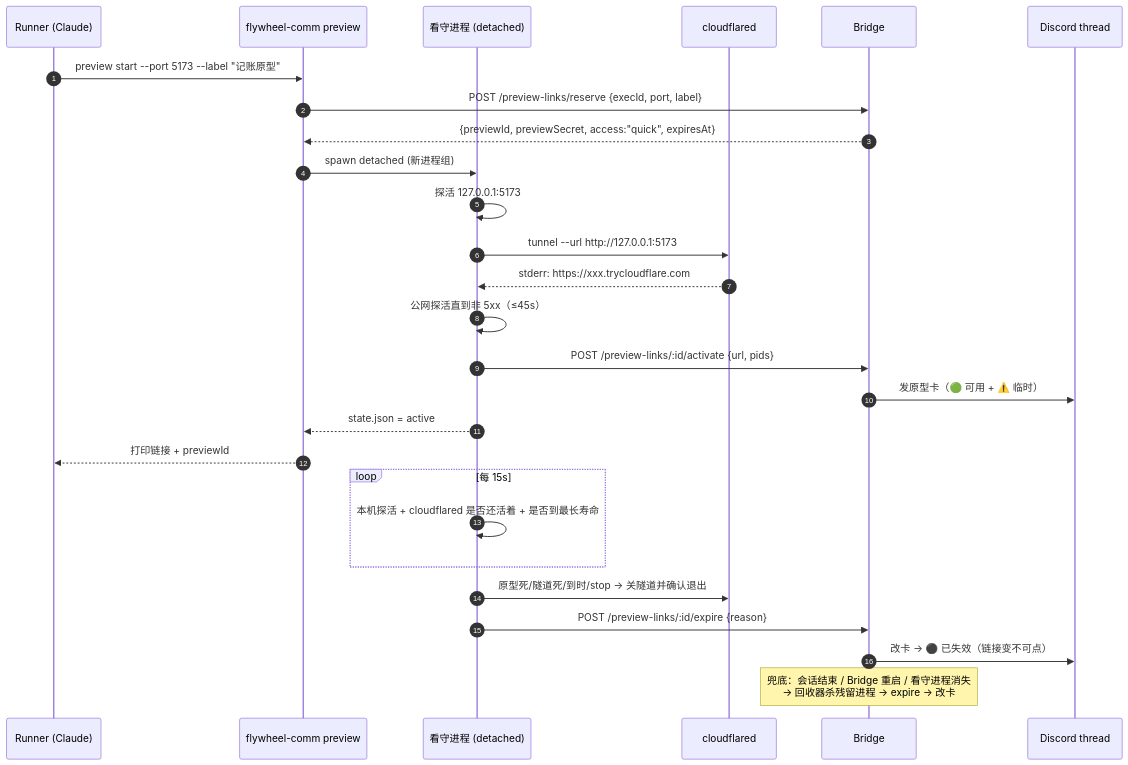
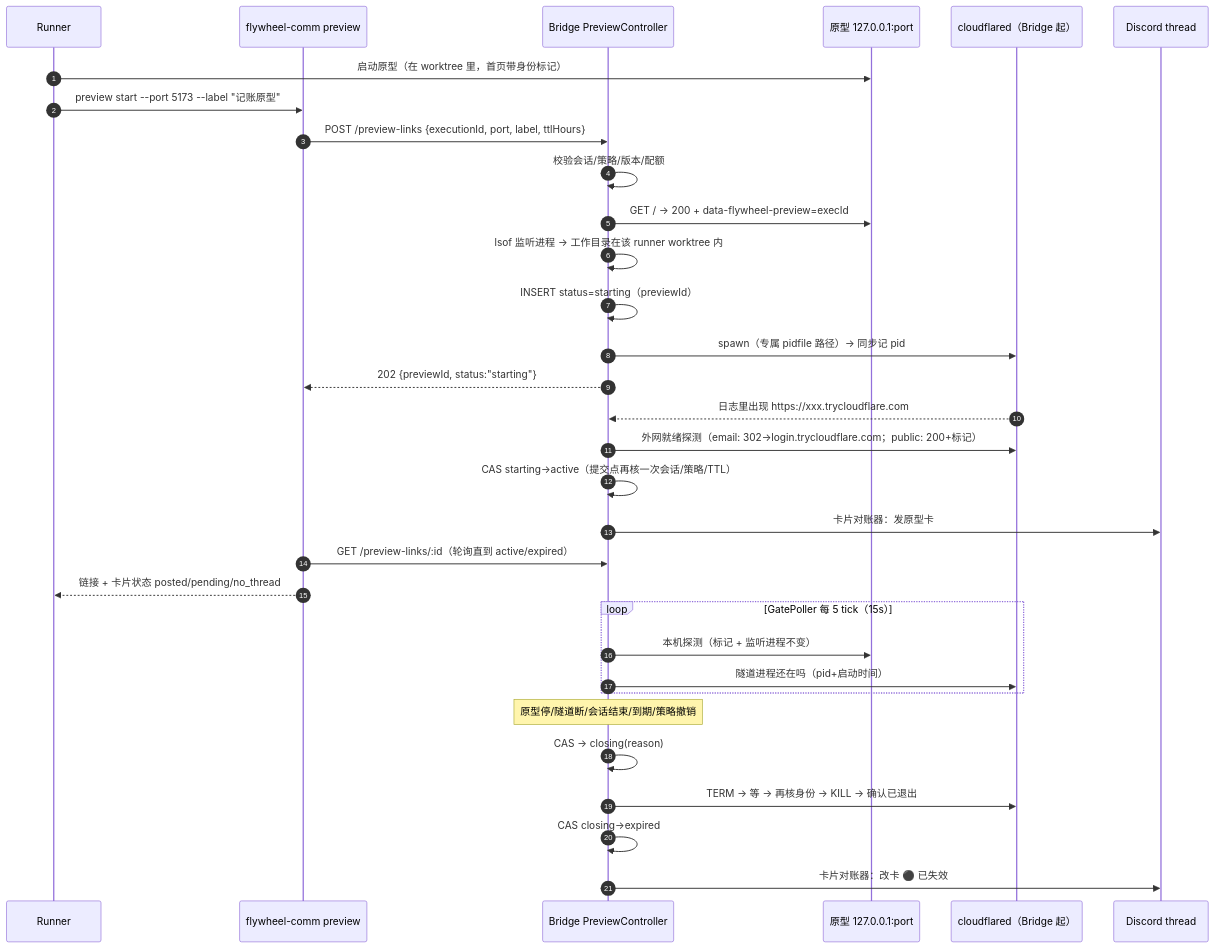
The first of 2 diagrams in engineering/doc/FLY-3137-phone-prototype-link/plan.md (xrliAnnie/flywheel-qa-sandbox), drawn with Mermaid before and after one commit. The commit also changed other lines of this file and 2 other files, not shown here.

Commit message:
docs(FLY-3137): plan v2 after Codex R1 — Bridge-owned tunnel, quick_email allowlist, confirmed close

````diff
--- a/engineering/doc/FLY-3137-phone-prototype-link/plan.md
+++ b/engineering/doc/FLY-3137-phone-prototype-link/plan.md
@@ -31,29 +47,34 @@
 ```mermaid
 sequenceDiagram
     autonumber
-    participant R as Runner (Claude)
+    participant R as Runner
     participant CLI as flywheel-comm preview
-    participant S as 看守进程 (detached)
-    participant CF as cloudflared
-    participant B as Bridge
+    participant B as Bridge PreviewController
+    participant O as 原型 127.0.0.1:port
+    participant CF as cloudflared（Bridge 起）
     participant D as Discord thread
+    R->>O: 启动原型（在 worktree 里，首页带身份标记）
     R->>CLI: preview start --port 5173 --label "记账原型"
-    CLI->>B: POST /preview-links/reserve {execId, port, label}
-    B-->>CLI: {previewId, previewSecret, access:"quick", expiresAt}
-    CLI->>S: spawn detached (新进程组)
-    S->>S: 探活 127.0.0.1:5173
-    S->>CF: tunnel --url http://127.0.0.1:5173
-    CF-->>S: stderr: https://xxx.trycloudflare.com
-    S->>S: 公网探活直到非 5xx（≤45s）
-    S->>B: POST /preview-links/:id/activate {url, pids}
-    B->>D: 发原型卡（🟢 可用 + ⚠️ 临时）
-    S-->>CLI: state.json = active
-    CLI-->>R: 打印链接 + previewId
-    loop 每 15s
-        S->>S: 本机探活 + cloudflared 是否还活着 + 是否到最长寿命
+    CLI->>B: POST /preview-links {executionId, port, label, ttlHours}
+    B->>B: 校验会话/策略/版本/配额
+    B->>O: GET / → 200 + data-flywheel-preview=execId
+    B->>B: lsof 监听进程 → 工作目录在该 runner worktree 内
+    B->>B: INSERT status=starting（previewId）
+    B->>CF: spawn（专属 pidfile 路径）→ 同步记 pid
+    B-->>CLI: 202 {previewId, status:"starting"}
+    CF-->>B: 日志里出现 https://xxx.trycloudflare.com
+    B->>CF: 外网就绪探测（email: 302→login.trycloudflare.com；public: 200+标记）
+    B->>B: CAS starting→active（提交点再核一次会话/策略/TTL）
+    B->>D: 卡片对账器：发原型卡
+    CLI->>B: GET /preview-links/:id（轮询直到 active/expired）
+    CLI-->>R: 链接 + 卡片状态 posted/pending/no_thread
+    loop GatePoller 每 5 tick（15s）
+        B->>O: 本机探测（标记 + 监听进程不变）
+        B->>CF: 隧道进程还在吗（pid+启动时间）
     end
-    S->>CF: 原型死/隧道死/到时/stop → 关隧道并确认退出
-    S->>B: POST /preview-links/:id/expire {reason}
-    B->>D: 改卡 → ⚫ 已失效（链接变不可点）
-    Note over B: 兜底：会话结束 / Bridge 重启 / 看守进程消失<br/>→ 回收器杀残留进程 → expire → 改卡
+    Note over B: 原型停/隧道断/会话结束/到期/策略撤销
+    B->>B: CAS → closing(reason)
+    B->>CF: TERM → 等 → 再核身份 → KILL → 确认已退出
+    B->>B: CAS closing→expired
+    B->>D: 卡片对账器：改卡 ⚫ 已失效
 ```
````
